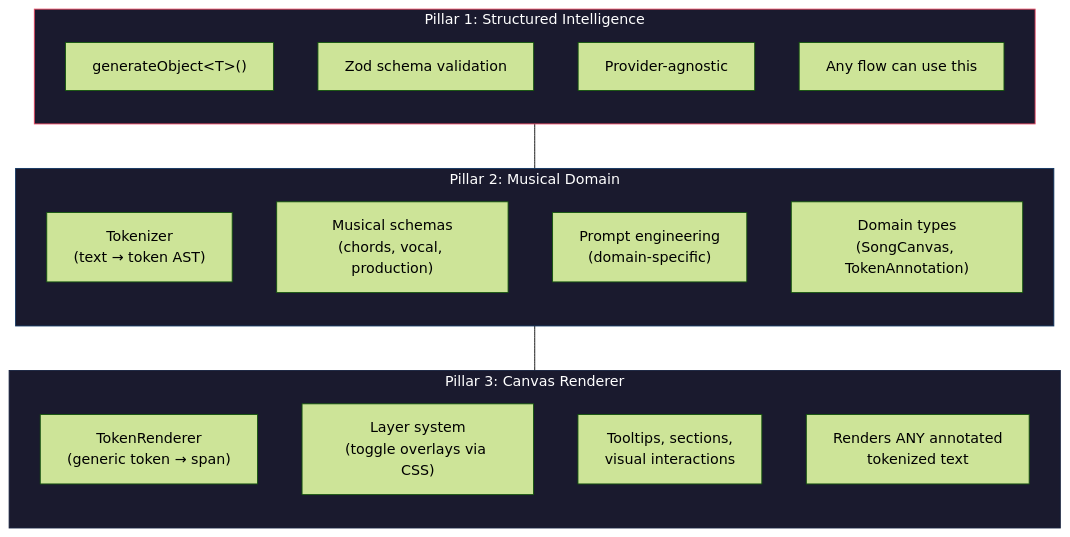
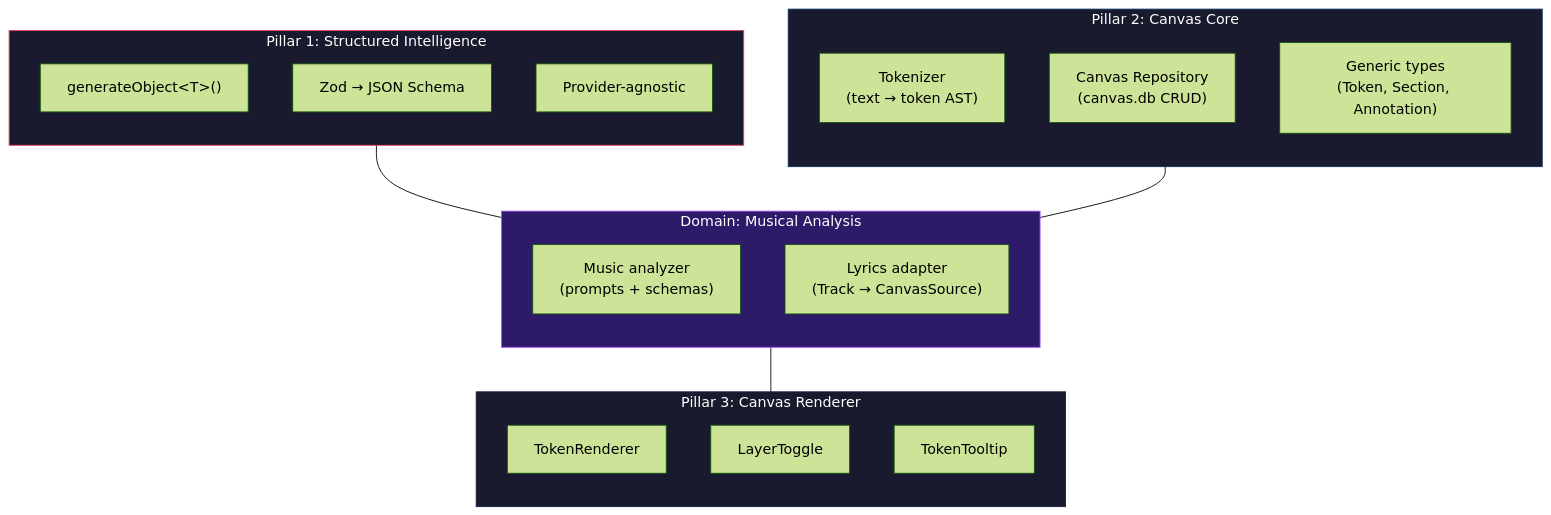
One commit to jorgesalica/flow-sample changed the first of 2 diagrams in docs/flows/lyrics-canvas/architecture.md. Above: the diagram before and after it, drawn with Mermaid (forest theme). The commit also changed other lines of this file and 1 other file, not shown here.

Commit message:
docs: add design discussion, update architecture to three-pillar core separation

````diff
--- a/docs/flows/lyrics-canvas/architecture.md
+++ b/docs/flows/lyrics-canvas/architecture.md
@@ -11,33 +10,38 @@
 ```mermaid
 flowchart TD
     subgraph PILLAR_1 ["Pillar 1: Structured Intelligence"]
         direction TB
         P1A["generateObject&lt;T&gt;()"]
-        P1B["Zod schema validation"]
+        P1B["Zod → JSON Schema"]
         P1C["Provider-agnostic"]
-        P1D["Any flow can use this"]
     end
 
-    subgraph PILLAR_2 ["Pillar 2: Musical Domain"]
+    subgraph PILLAR_2 ["Pillar 2: Canvas Core"]
         direction TB
         P2A["Tokenizer<br/>(text → token AST)"]
-        P2B["Musical schemas<br/>(chords, vocal, production)"]
-        P2C["Prompt engineering<br/>(domain-specific)"]
-        P2D["Domain types<br/>(SongCanvas, TokenAnnotation)"]
+        P2B["Canvas Repository<br/>(canvas.db CRUD)"]
+        P2C["Generic types<br/>(Token, Section, Annotation)"]
     end
 
     subgraph PILLAR_3 ["Pillar 3: Canvas Renderer"]
         direction TB
-        P3A["TokenRenderer<br/>(generic token → span)"]
-        P3B["Layer system<br/>(toggle overlays via CSS)"]
-        P3C["Tooltips, sections,<br/>visual interactions"]
-        P3D["Renders ANY annotated<br/>tokenized text"]
+        P3A["TokenRenderer"]
+        P3B["LayerToggle"]
+        P3C["TokenTooltip"]
     end
 
-    PILLAR_1 --- PILLAR_2
-    PILLAR_2 --- PILLAR_3
+    subgraph DOMAIN ["Domain: Musical Analysis"]
+        direction TB
+        D1["Music analyzer<br/>(prompts + schemas)"]
+        D2["Lyrics adapter<br/>(Track → CanvasSource)"]
+    end
+
+    PILLAR_1 --- DOMAIN
+    PILLAR_2 --- DOMAIN
+    DOMAIN --- PILLAR_3
 
     style PILLAR_1 fill:#1a1a2e,stroke:#e94560,color:#fff
     style PILLAR_2 fill:#1a1a2e,stroke:#0f3460,color:#fff
     style PILLAR_3 fill:#1a1a2e,stroke:#16213e,color:#fff
+    style DOMAIN fill:#2d1b69,stroke:#a855f7,color:#fff
 ```
````
